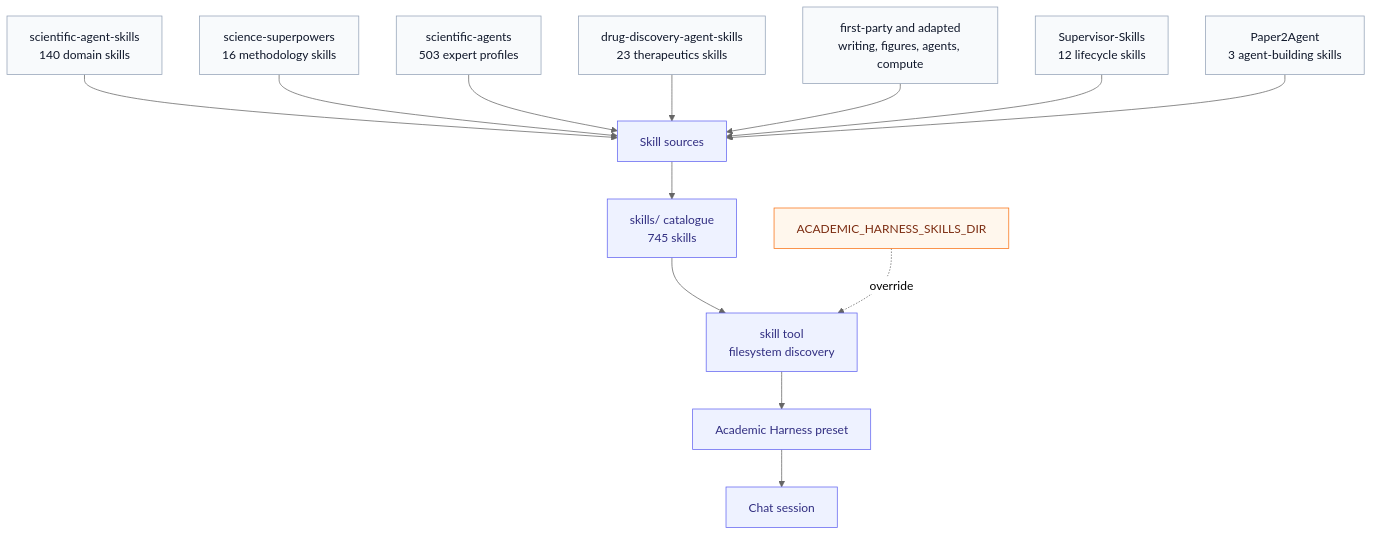
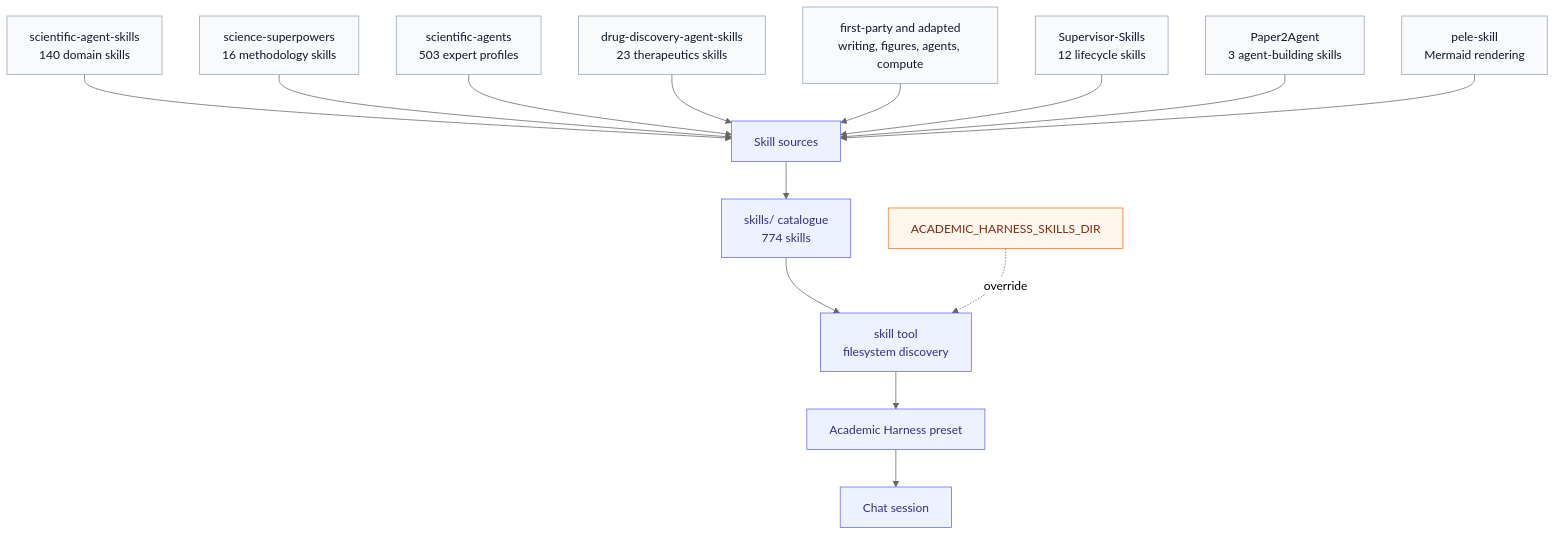
Before and after one commit to raktim-mondol/academic-harness: the diagram in docs/diagrams/skills-map.mmd, drawn with Mermaid (neutral theme). The commit also changed 118 other files, not shown here.

```diff
--- a/docs/diagrams/skills-map.mmd
+++ b/docs/diagrams/skills-map.mmd
@@ -1,23 +1,24 @@
 flowchart TD
-  sources[Skill sources] --> catalogue[skills/ catalogue<br/>745 skills]
+  sources[Skill sources] --> catalogue[skills/ catalogue<br/>774 skills]
   s1[scientific-agent-skills<br/>140 domain skills] --> sources
   s2[science-superpowers<br/>16 methodology skills] --> sources
   s3[scientific-agents<br/>503 expert profiles] --> sources
   s4[drug-discovery-agent-skills<br/>23 therapeutics skills] --> sources
   s5[first-party and adapted<br/>writing, figures, agents, compute] --> sources
   s6[Supervisor-Skills<br/>12 lifecycle skills] --> sources
   s7[Paper2Agent<br/>3 agent-building skills] --> sources
+  s8[pele-skill<br/>Mermaid rendering] --> sources
 
   catalogue --> loader[skill tool<br/>filesystem discovery]
   env[ACADEMIC_HARNESS_SKILLS_DIR] -. override .-> loader
   loader --> preset[Academic Harness preset]
   preset --> session[Chat session]
 
   classDef source fill:#f8fafc,stroke:#94a3b8,color:#0f172a
   classDef catalogue fill:#ecfdf5,stroke:#059669,color:#064e3b
   classDef env fill:#fff7ed,stroke:#f97316,color:#7c2d12
   classDef step fill:#eef2ff,stroke:#6366f1,color:#312e81
-  class s1,s2,s3,s4,s5,s6,s7 source
+  class s1,s2,s3,s4,s5,s6,s7,s8 source
   class catalogue,preset step
   class env env
   class loader,session,sources step
```
